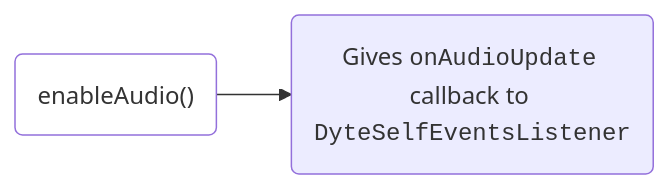
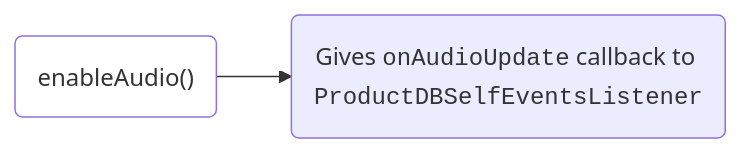
The first of 2 diagrams in docs/android-core/pre-call/1-media-preview.mdx (Productdb/docs), drawn with Mermaid before and after one commit. The commit also changed other lines of this file and 1223 other files, not shown here.

````diff
--- a/docs/android-core/pre-call/1-media-preview.mdx
+++ b/docs/android-core/pre-call/1-media-preview.mdx
@@ -31,8 +31,8 @@
 ```mermaid
 flowchart LR
     classDef basic fill:white;
 
-    eam("enableAudio()") --> success("Gives <code>onAudioUpdate</code> callback to <code>DyteSelfEventsListener</code>")
+    eam("enableAudio()") --> success("Gives <code>onAudioUpdate</code> callback to <code>ProductDBSelfEventsListener</code>")
 
     class eam basic;
 ```
````
